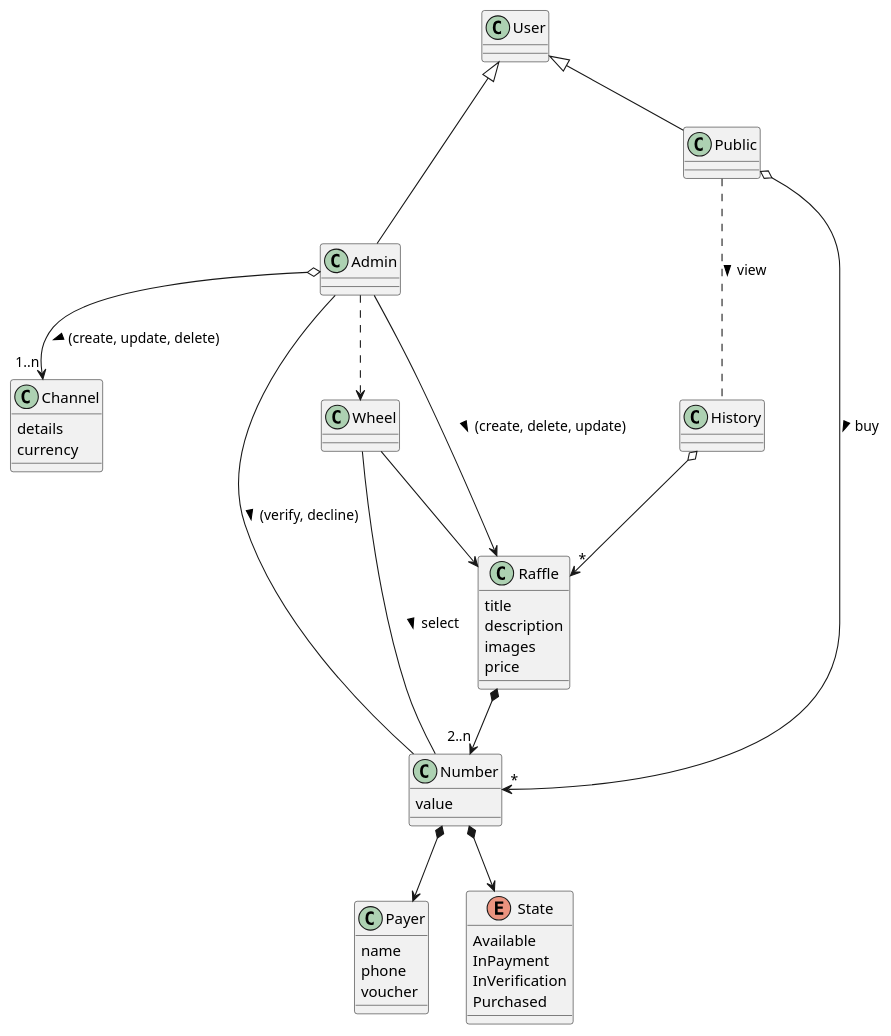
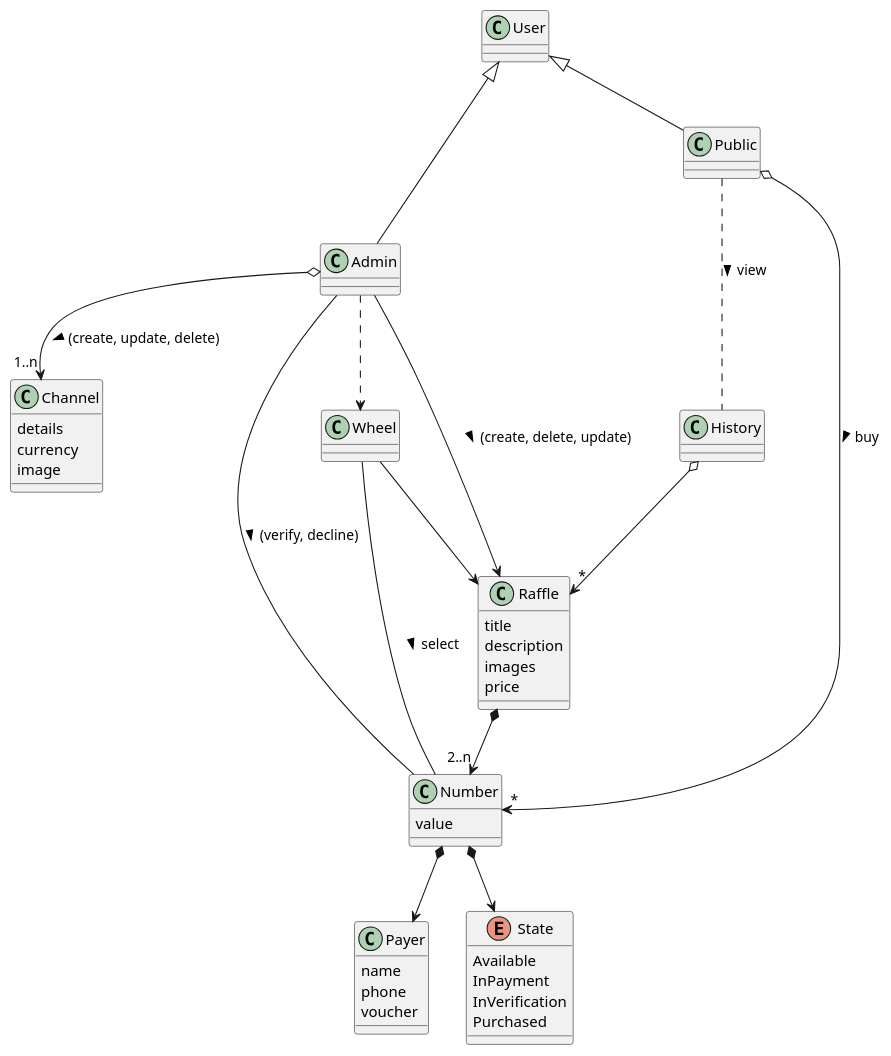
The diagram in docs/DomainModel/index.plantuml (marcos-velasquez/raffle), drawn with PlantUML before and after one commit. The commit also changed 15 other files, not shown here.

```diff
--- a/docs/DomainModel/index.plantuml
+++ b/docs/DomainModel/index.plantuml
@@ -1,54 +1,55 @@
 @startuml DomainModel
 
 class User {}
 User <|-down- Admin
 User <|-down- Public
 
 class Admin {}
 Admin -down-> Raffle : "(create, delete, update) >"
 Admin -down- Number: "(verify, decline) >"
 Admin ..> Wheel
 Admin o-down-> "1..n" Channel : "(create, update, delete) >"
 
 class Channel {
     details
     currency
+    image
 }
 
 class Public {}
 Public o-down-> "*" Number : "buy >"
 Public ... History : "view >"
 
 class Raffle {
     title
     description
     images
     price
 }
 Raffle *-down-> "2..n" Number
 
 class Number {
     value
 }
 class Payer {
     name
     phone 
     voucher
 }
 enum State {
     Available
     InPayment
     InVerification
     Purchased
 }
 Number *-down-> State 
 Number *-down-> Payer 
 
 class History {}
 History o-down-> "*" Raffle
 
 class Wheel {}
 Wheel -down-> Raffle
 Wheel -down-  Number : "select >" 
 
 @enduml
```
